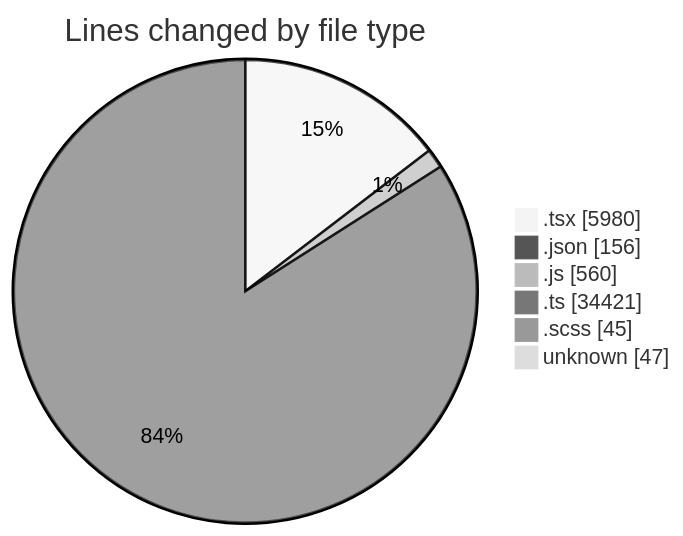
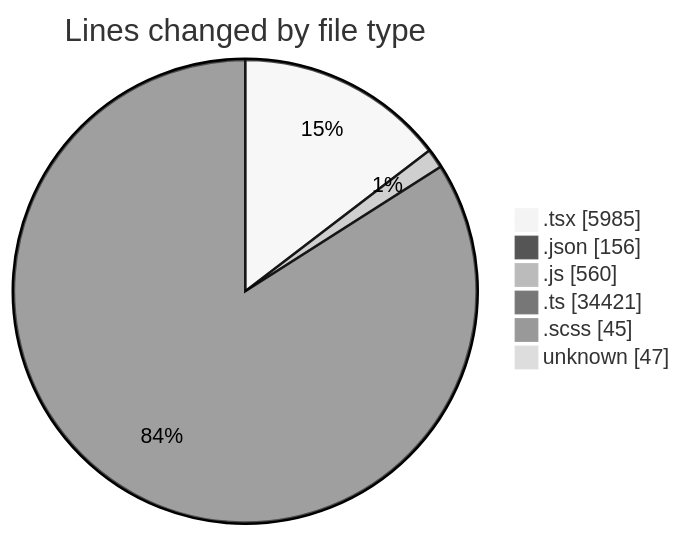
Before and after one commit to momahboobian/code-tracking: the first of 2 diagrams in 2025-11-10/cda/README.md, drawn with Mermaid (neutral theme). The commit also changed other lines of this file and 1 other file, not shown here.

````diff
--- a/2025-11-10/cda/README.md
+++ b/2025-11-10/cda/README.md
@@ -48,10 +48,10 @@
 ```mermaid
 pie showData
 title Lines changed by file type
-".tsx" : 5980
+".tsx" : 5985
 ".json" : 156
 ".js" : 560
 ".ts" : 34421
 ".scss" : 45
 "unknown" : 47
 ```
````
